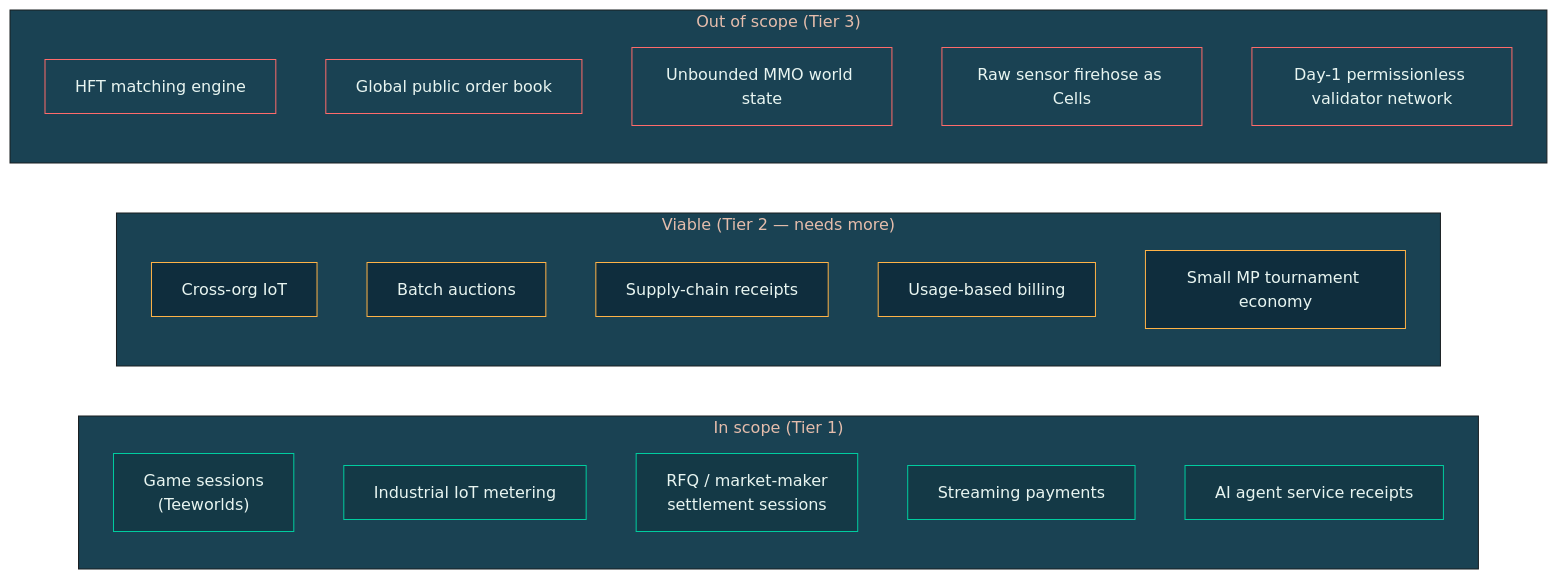
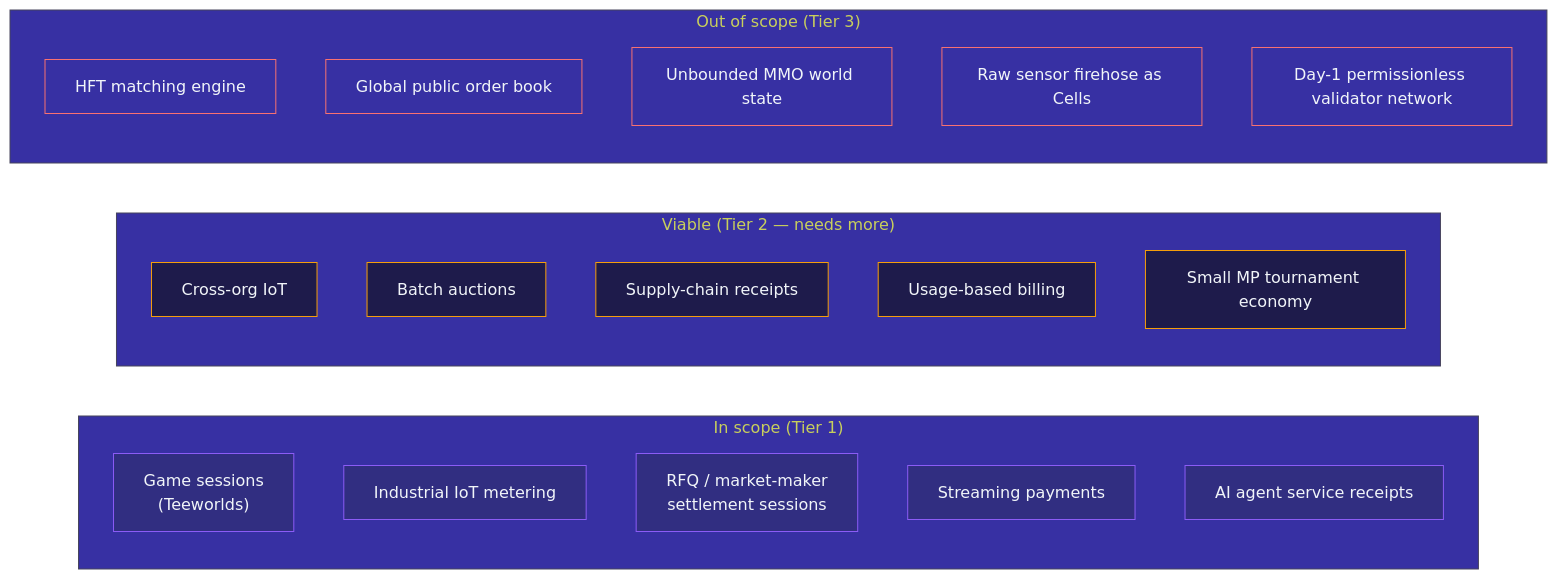
The diagram in docs/concepts/what-is-myelin.md (Myelin-Labs/Myelin), drawn with Mermaid before and after one commit. The commit also changed 31 other files, not shown here.

````diff
--- a/docs/concepts/what-is-myelin.md
+++ b/docs/concepts/what-is-myelin.md
@@ -69,38 +69,38 @@
 ```mermaid
 %%{init: {
   "theme": "base",
   "themeVariables": {
-    "primaryColor": "#0F2D3D",
-    "primaryTextColor": "#E8F5F1",
-    "primaryBorderColor": "#3CCBAA",
-    "lineColor": "#4EE0BC",
-    "secondaryColor": "#143946",
-    "tertiaryColor": "#1A4253"
+    "primaryColor": "#1E1B4B",
+    "primaryTextColor": "#F1F5F9",
+    "primaryBorderColor": "#6366F1",
+    "lineColor": "#818CF8",
+    "secondaryColor": "#312E81",
+    "tertiaryColor": "#3730A3"
   }
 }}%%
 flowchart LR
     subgraph IN["In scope (Tier 1)"]
         I1["Game sessions<br/>(Teeworlds)"]:::ok
         I2["Industrial IoT metering"]:::ok
         I3["RFQ / market-maker<br/>settlement sessions"]:::ok
         I4["Streaming payments"]:::ok
         I5["AI agent service receipts"]:::ok
     end
     subgraph VIA["Viable (Tier 2 — needs more)"]
         V1["Cross-org IoT"]:::warn
         V2["Batch auctions"]:::warn
         V3["Supply-chain receipts"]:::warn
         V4["Usage-based billing"]:::warn
         V5["Small MP tournament economy"]:::warn
     end
     subgraph OUT["Out of scope (Tier 3)"]
         O1["HFT matching engine"]:::no
         O2["Global public order book"]:::no
         O3["Unbounded MMO world state"]:::no
         O4["Raw sensor firehose as Cells"]:::no
         O5["Day-1 permissionless validator network"]:::no
     end
-    classDef ok  fill:#143946,stroke:#00CC9F,color:#E8F5F1;
-    classDef warn fill:#0F2D3D,stroke:#FFB347,color:#E8F5F1;
-    classDef no  fill:#1A4253,stroke:#FF6B6B,color:#E8F5F1;
+    classDef ok  fill:#312E81,stroke:#8B5CF6,color:#F1F5F9;
+    classDef warn fill:#1E1B4B,stroke:#F59E0B,color:#F1F5F9;
+    classDef no  fill:#3730A3,stroke:#F87171,color:#F1F5F9;
 ```
````
